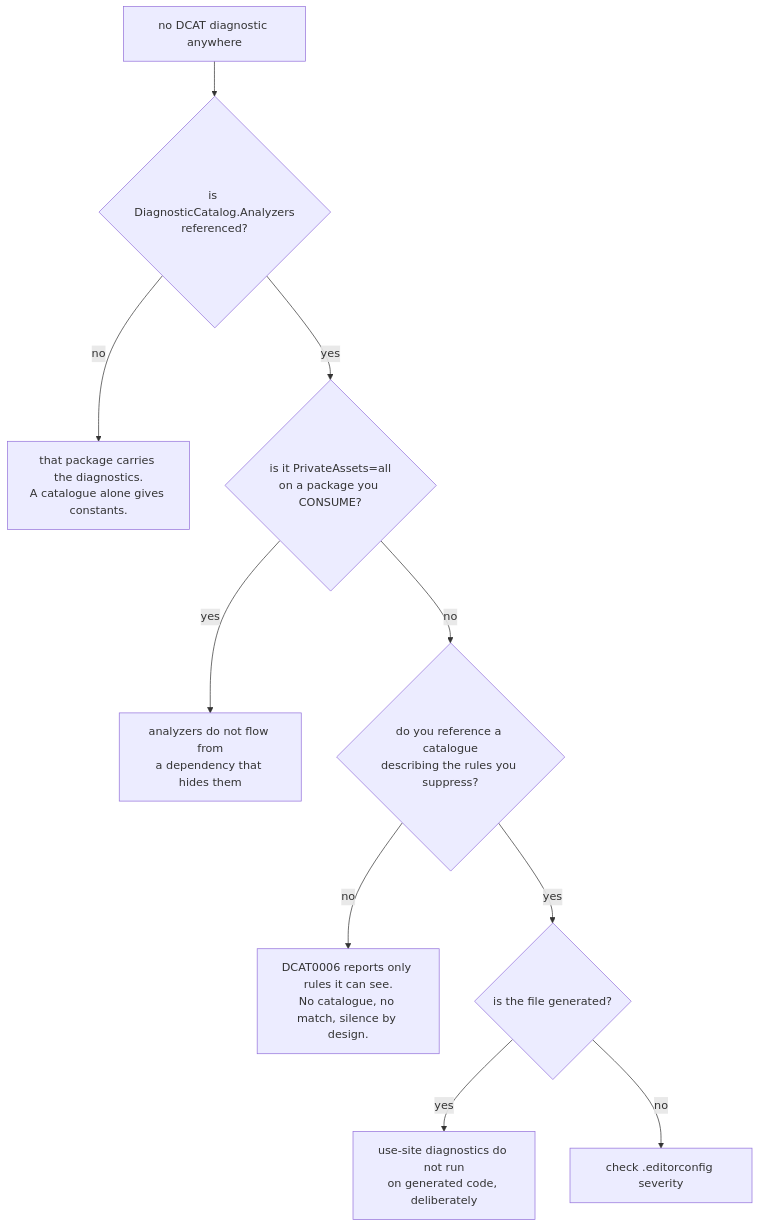
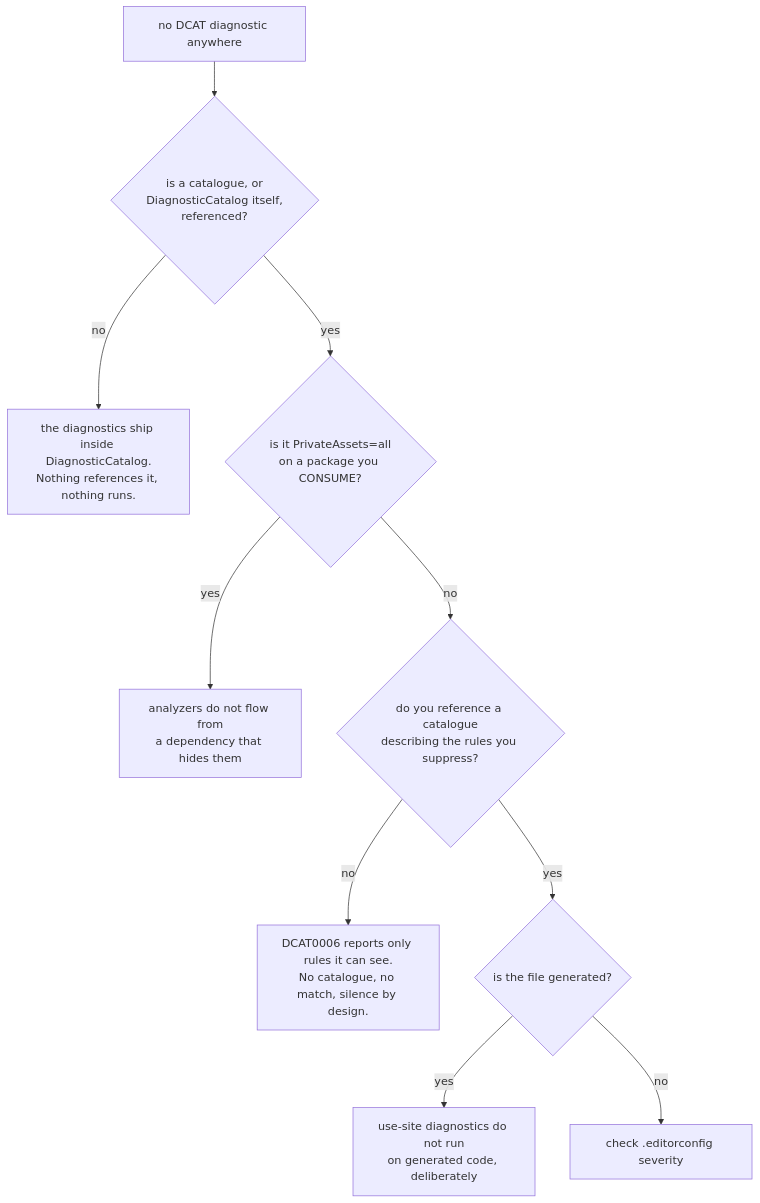
Before and after one commit to Reefact/diagnostic-catalog: the diagram in doc/guide/troubleshooting.en.md, drawn with Mermaid. The commit also changed other lines of this file and 64 other files, not shown here.

````diff
--- a/doc/guide/troubleshooting.en.md
+++ b/doc/guide/troubleshooting.en.md
@@ -13,13 +13,13 @@
 ```mermaid
 flowchart TB
     S["no DCAT diagnostic anywhere"]
-    S --> Q1{"is DiagnosticCatalog.Analyzers<br/>referenced?"}
-    Q1 -- "no" --> A1["that package carries the diagnostics.<br/>A catalogue alone gives constants."]
+    S --> Q1{"is a catalogue, or<br/>DiagnosticCatalog itself,<br/>referenced?"}
+    Q1 -- "no" --> A1["the diagnostics ship inside DiagnosticCatalog.<br/>Nothing references it, nothing runs."]
     Q1 -- "yes" --> Q2{"is it PrivateAssets=all<br/>on a package you CONSUME?"}
     Q2 -- "yes" --> A2["analyzers do not flow from<br/>a dependency that hides them"]
     Q2 -- "no" --> Q3{"do you reference a catalogue<br/>describing the rules you suppress?"}
     Q3 -- "no" --> A3["DCAT0006 reports only rules it can see.<br/>No catalogue, no match, silence by design."]
     Q3 -- "yes" --> Q4{"is the file generated?"}
     Q4 -- "yes" --> A4["use-site diagnostics do not run<br/>on generated code, deliberately"]
     Q4 -- "no" --> A5["check .editorconfig severity"]
 ```
````
